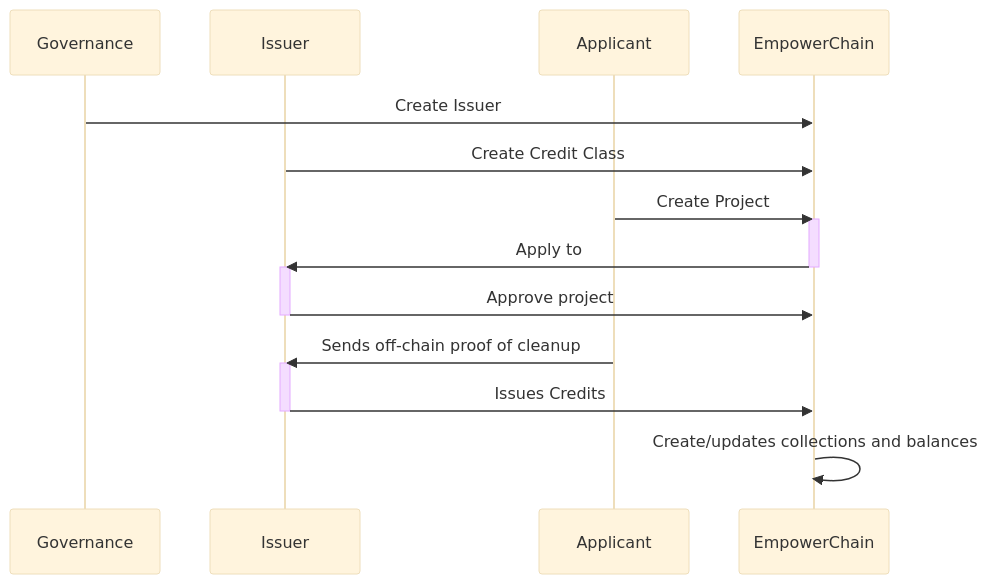
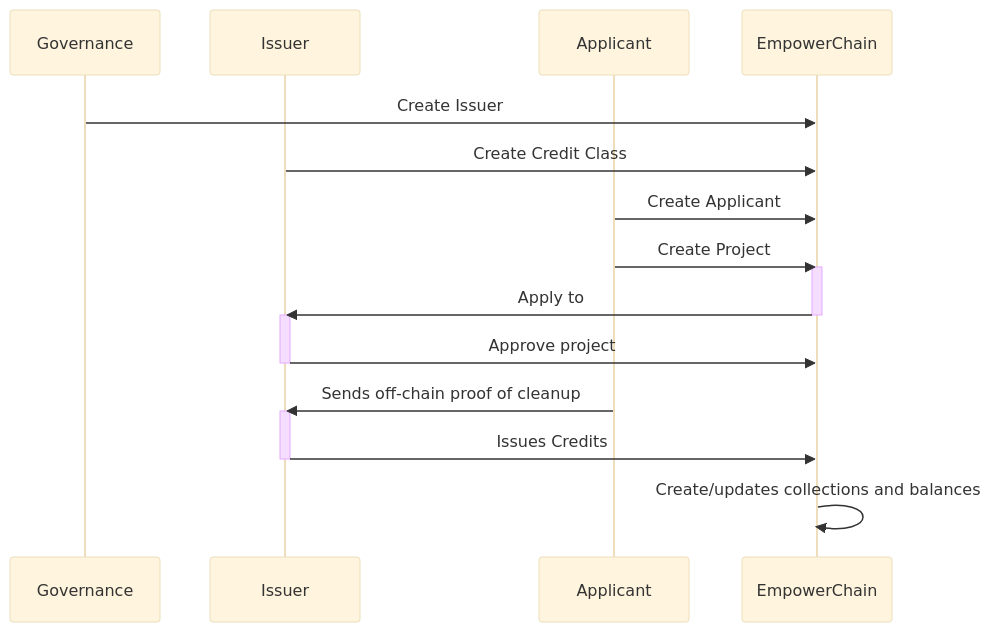
One commit to EmpowerPlastic/empowerchain changed the first of 3 diagrams in chain/x/plasticcredit/README.md. Above: the diagram before and after it, drawn with Mermaid (base theme).

Commit message:
Added missing interaction in sequence diagram

````diff
--- a/chain/x/plasticcredit/README.md
+++ b/chain/x/plasticcredit/README.md
@@ -25,22 +25,23 @@
 ```mermaid
 sequenceDiagram
     participant Governance
     participant Issuer
     participant Applicant
     participant EmpowerChain
     
     Governance->>EmpowerChain: Create Issuer
     Issuer->>EmpowerChain: Create Credit Class
+    Applicant->>EmpowerChain: Create Applicant
     Applicant->>EmpowerChain: Create Project
     activate EmpowerChain
     EmpowerChain->>Issuer: Apply to
     deactivate EmpowerChain
     activate Issuer
     Issuer->>EmpowerChain: Approve project
     deactivate Issuer
     Applicant->>Issuer: Sends off-chain proof of cleanup
     activate Issuer
     Issuer->>EmpowerChain: Issues Credits
     deactivate Issuer
     EmpowerChain->>EmpowerChain: Create/updates collections and balances
 ```
````
